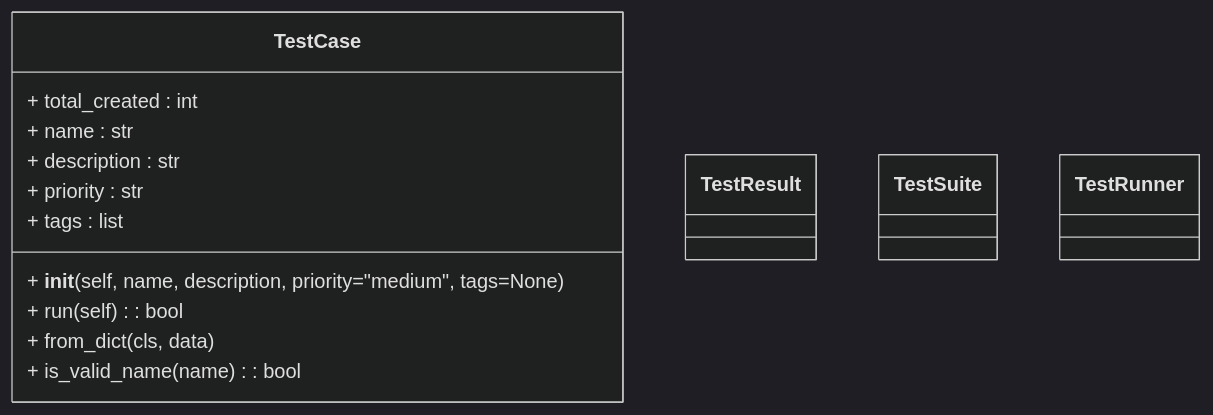
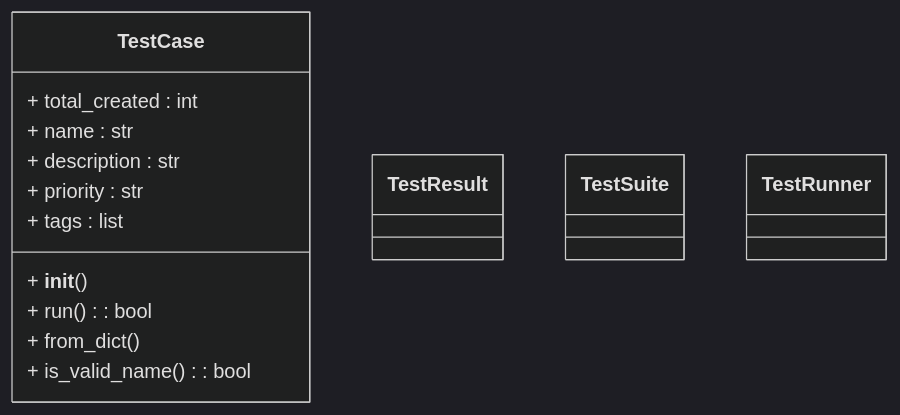
The diagram in Week1-Git-Python/Wednesday/exercise_oop/class_hierarchy.mermaid (TRNG-00002423/Jackson-Champion), drawn with Mermaid (dark theme) before and after one commit.

```diff
--- a/Week1-Git-Python/Wednesday/exercise_oop/class_hierarchy.mermaid
+++ b/Week1-Git-Python/Wednesday/exercise_oop/class_hierarchy.mermaid
@@ -1,31 +1,31 @@
 classDiagram
     class TestCase {
         %% TODO: Add class attributes
         + total_created : int
         %% TODO: Add instance attributes
         + name : str
         + description : str
         + priority : str
         + tags : list
         %% TODO: Add methods
-        + __init__(self, name, description, priority="medium", tags=None)
-        + run(self) : bool
-        + from_dict(cls, data)
-        + is_valid_name(name) : bool
+        + __init__()
+        + run() : bool
+        + from_dict()
+        + is_valid_name() : bool
     }
 
     class TestResult {
         %% TODO: Add attributes
         %% TODO: Add methods
     }
 
     class TestSuite {
         %% TODO: Add attributes
         %% TODO: Add methods
     }
 
     class TestRunner {
         %% TODO: Add methods
     }
 
     %% TODO: Define relationships between classes
```
